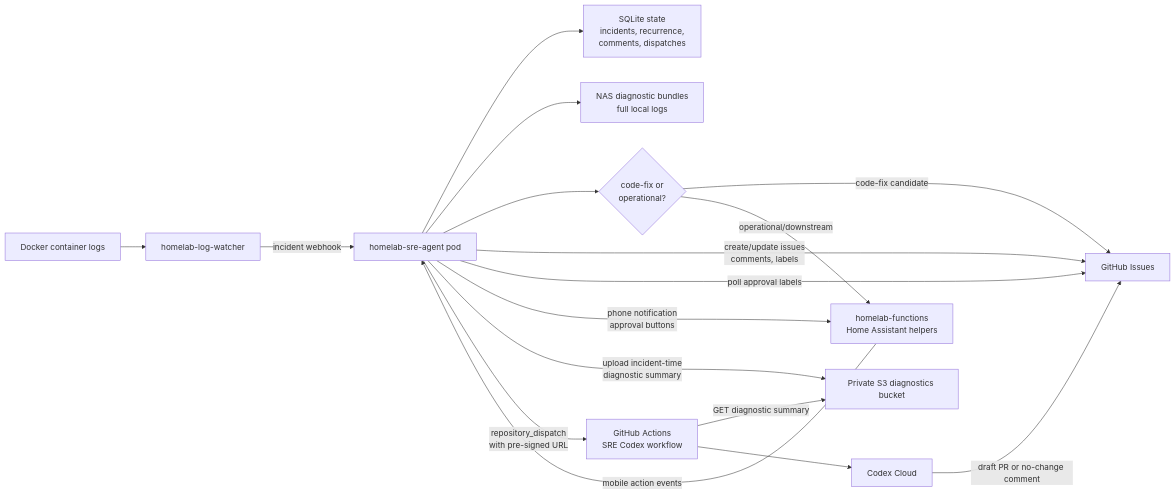
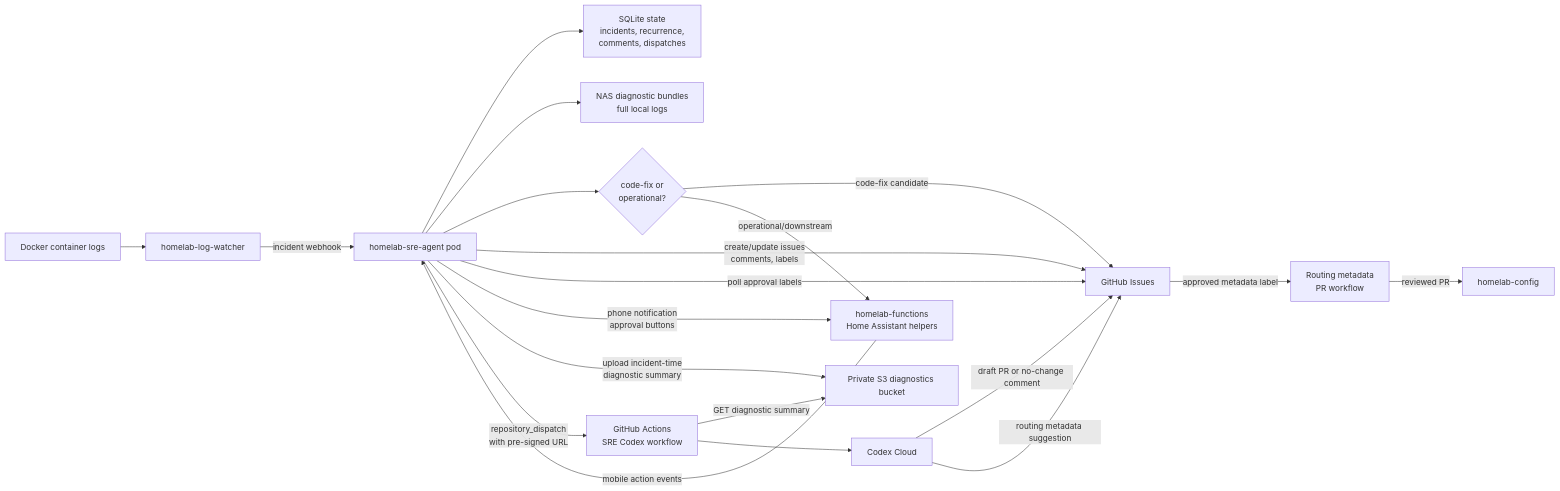
One commit to feocco/homelab-sre-agent changed the diagram in docs/architecture.md. Above: the diagram before and after it, drawn with Mermaid. The commit also changed other lines of this file and 8 other files, not shown here.

Commit message:
feat: add SRE routing metadata PR workflow

````diff
--- a/docs/architecture.md
+++ b/docs/architecture.md
@@ -9,20 +9,23 @@
 ```mermaid
 flowchart LR
     logs["Docker container logs"] --> watcher["homelab-log-watcher"]
     watcher -- "incident webhook" --> sre["homelab-sre-agent pod"]
 
     sre --> state["SQLite state\nincidents, recurrence,\ncomments, dispatches"]
     sre --> localdiag["NAS diagnostic bundles\nfull local logs"]
     sre --> route{"code-fix or\noperational?"}
     route -- "code-fix candidate" --> github
     route -- "operational/downstream" --> helpers
     sre -- "create/update issues\ncomments, labels" --> github["GitHub Issues"]
     sre -- "poll approval labels" --> github
     sre -- "phone notification\napproval buttons" --> helpers["homelab-functions\nHome Assistant helpers"]
     helpers -- "mobile action events" --> sre
     sre -- "upload incident-time\ndiagnostic summary" --> s3["Private S3 diagnostics bucket"]
     sre -- "repository_dispatch\nwith pre-signed URL" --> workflow["GitHub Actions\nSRE Codex workflow"]
     workflow -- "GET diagnostic summary" --> s3
     workflow --> codex["Codex Cloud"]
     codex -- "draft PR or no-change comment" --> github
+    codex -- "routing metadata suggestion" --> github
+    github -- "approved metadata label" --> metapr["Routing metadata\nPR workflow"]
+    metapr -- "reviewed PR" --> config["homelab-config"]
 ```
````
